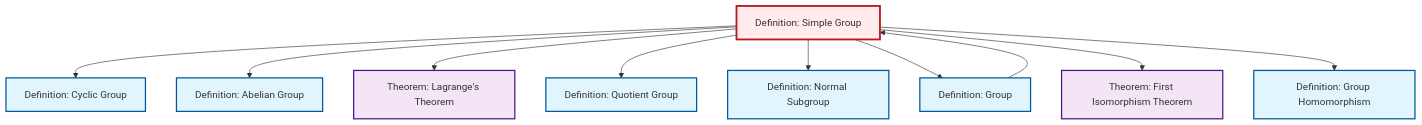
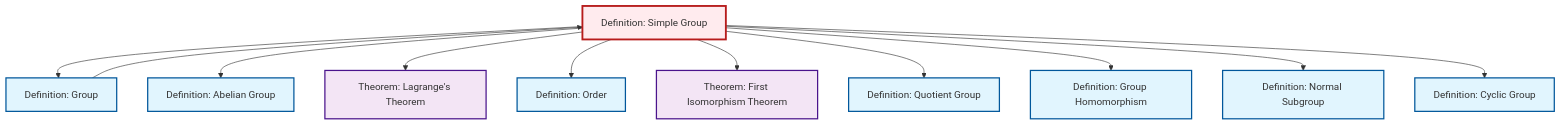
The diagram in content/ja/algebra/def-simple-group.qmd (RK0429/ModernMath), drawn with Mermaid before and after one commit. The commit also changed 581 other files, not shown here.

````diff
--- a/content/ja/algebra/def-simple-group.qmd
+++ b/content/ja/algebra/def-simple-group.qmd
@@ -96,36 +96,39 @@
 ```{mermaid}
 %%| fig-cap: "Local dependency graph"
 graph TD
     classDef definition fill:#e1f5fe,stroke:#01579b,stroke-width:2px
     classDef theorem fill:#f3e5f5,stroke:#4a148c,stroke-width:2px
     classDef axiom fill:#fff3e0,stroke:#e65100,stroke-width:2px
     classDef example fill:#e8f5e9,stroke:#1b5e20,stroke-width:2px
     classDef current fill:#ffebee,stroke:#b71c1c,stroke-width:3px
+    def-simple-group["Definition: Simple Group"]:::definition
+    def-order["Definition: Order"]:::definition
     def-quotient-group["Definition: Quotient Group"]:::definition
+    thm-lagrange["Theorem: Lagrange's Theorem"]:::theorem
     def-abelian-group["Definition: Abelian Group"]:::definition
-    def-simple-group["Definition: Simple Group"]:::definition
     def-cyclic-group["Definition: Cyclic Group"]:::definition
     def-group["Definition: Group"]:::definition
+    thm-first-isomorphism["Theorem: First Isomorphism Theorem"]:::theorem
+    def-homomorphism["Definition: Group Homomorphism"]:::definition
     def-normal-subgroup["Definition: Normal Subgroup"]:::definition
-    def-homomorphism["Definition: Group Homomorphism"]:::definition
-    thm-lagrange["Theorem: Lagrange's Theorem"]:::theorem
-    thm-first-isomorphism["Theorem: First Isomorphism Theorem"]:::theorem
-    def-simple-group --> def-cyclic-group
+    def-simple-group --> def-group
     def-simple-group --> def-abelian-group
     def-simple-group --> thm-lagrange
+    def-simple-group --> def-order
+    def-simple-group --> thm-first-isomorphism
     def-simple-group --> def-quotient-group
+    def-simple-group --> def-homomorphism
     def-simple-group --> def-normal-subgroup
     def-group --> def-simple-group
-    def-simple-group --> def-group
-    def-simple-group --> thm-first-isomorphism
-    def-simple-group --> def-homomorphism
+    def-simple-group --> def-cyclic-group
     class def-simple-group current
+    click def-order "def-order.html" "Definition: Orderへ"
     click def-quotient-group "def-quotient-group.html" "Definition: Quotient Groupへ"
+    click thm-lagrange "thm-lagrange.html" "Theorem: Lagrange's Theoremへ"
     click def-abelian-group "def-abelian-group.html" "Definition: Abelian Groupへ"
     click def-cyclic-group "def-cyclic-group.html" "Definition: Cyclic Groupへ"
     click def-group "def-group.html" "Definition: Groupへ"
+    click thm-first-isomorphism "thm-first-isomorphism.html" "Theorem: First Isomorphism Theoremへ"
+    click def-homomorphism "def-homomorphism.html" "Definition: Group Homomorphismへ"
     click def-normal-subgroup "def-normal-subgroup.html" "Definition: Normal Subgroupへ"
-    click def-homomorphism "def-homomorphism.html" "Definition: Group Homomorphismへ"
-    click thm-lagrange "thm-lagrange.html" "Theorem: Lagrange's Theoremへ"
-    click thm-first-isomorphism "thm-first-isomorphism.html" "Theorem: First Isomorphism Theoremへ"
 ```
````
